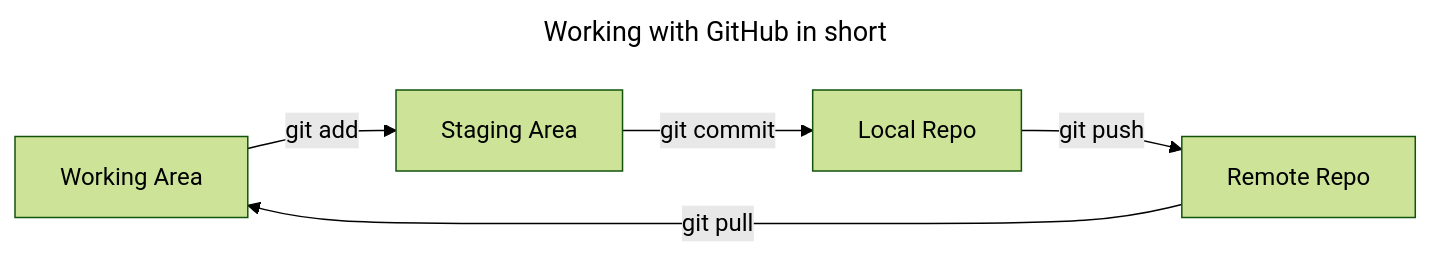
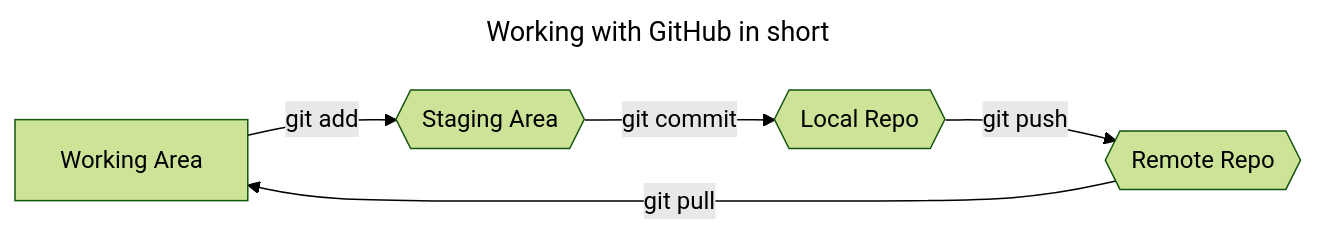
Before and after one commit to neweracy/GitHub: the diagram in readme.md, drawn with Mermaid (forest theme). The commit also changed 1 other file, not shown here.

````diff
--- a/readme.md
+++ b/readme.md
@@ -42,15 +42,15 @@
 ``` mermaid
 ---
 title: Working with GitHub in short
 ---
 
 
 graph LR
 
-A[Working Area]-->|git add| B[Staging Area]
-B-->|git commit| c[Local Repo]
-c-->|git push| d[Remote Repo]
+A[Working Area]-->|git add| B{{Staging Area}}
+B-->|git commit| c{{Local Repo}}
+c-->|git push| d{{Remote Repo}}
 d-->|git pull| A
 
 
 ```
````
